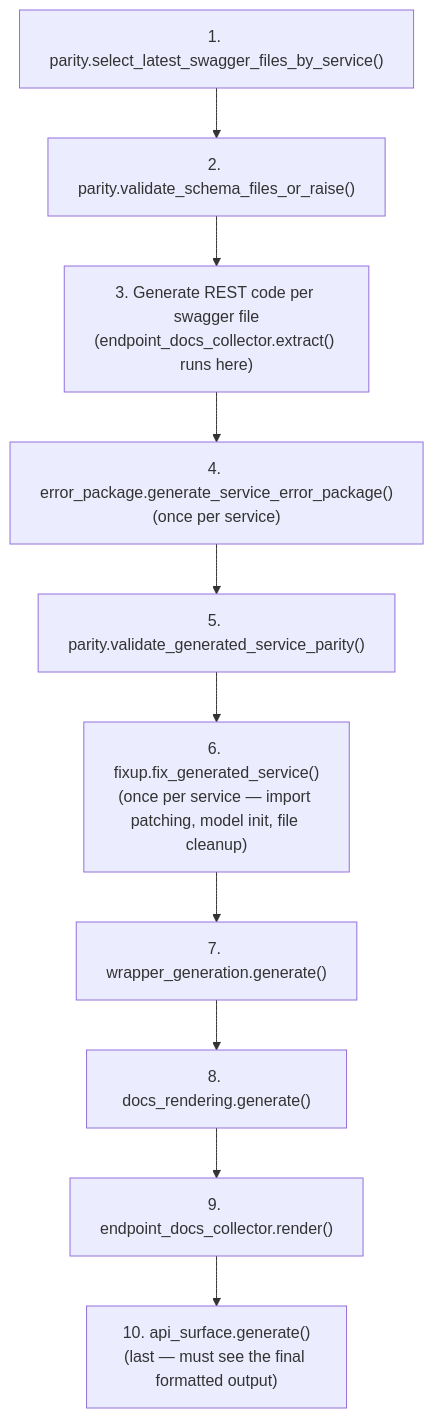
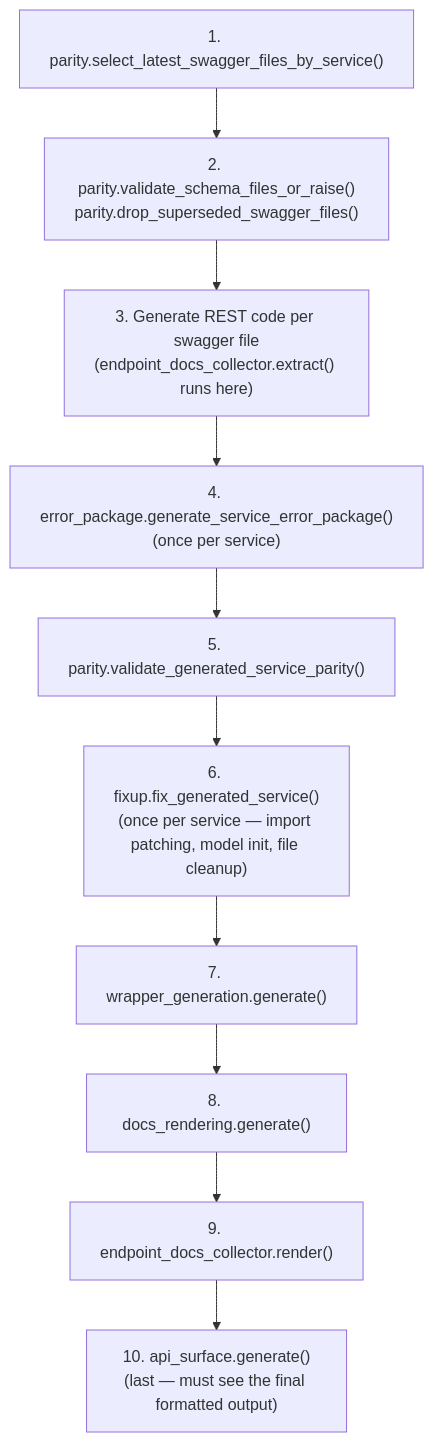
One commit to alexdearaujo/community_sdk_python changed the diagram in scripts/generation/README.md. Above: the diagram before and after it, drawn with Mermaid. The commit also changed other lines of this file and 5 other files, not shown here.

Commit message:
fix(generator): drop a swagger file that newer files fully replace; fail on other shared REST modules (L1)

````diff
--- a/scripts/generation/README.md
+++ b/scripts/generation/README.md
@@ -31,13 +31,13 @@
 ```mermaid
 flowchart TD
-    A["1. parity.select_latest_swagger_files_by_service()"] --> A2["2. parity.validate_schema_files_or_raise()"]
+    A["1. parity.select_latest_swagger_files_by_service()"] --> A2["2. parity.validate_schema_files_or_raise()<br/>parity.drop_superseded_swagger_files()"]
     A2 --> B["3. Generate REST code per swagger file<br/>(endpoint_docs_collector.extract() runs here)"]
     B --> C["4. error_package.generate_service_error_package()<br/>(once per service)"]
     C --> D["5. parity.validate_generated_service_parity()"]
     D --> E["6. fixup.fix_generated_service()<br/>(once per service — import patching, model init, file cleanup)"]
     E --> F["7. wrapper_generation.generate()"]
     F --> G["8. docs_rendering.generate()"]
     G --> H["9. endpoint_docs_collector.render()"]
     H --> I["10. api_surface.generate()<br/>(last — must see the final formatted output)"]
 
 ```
````
